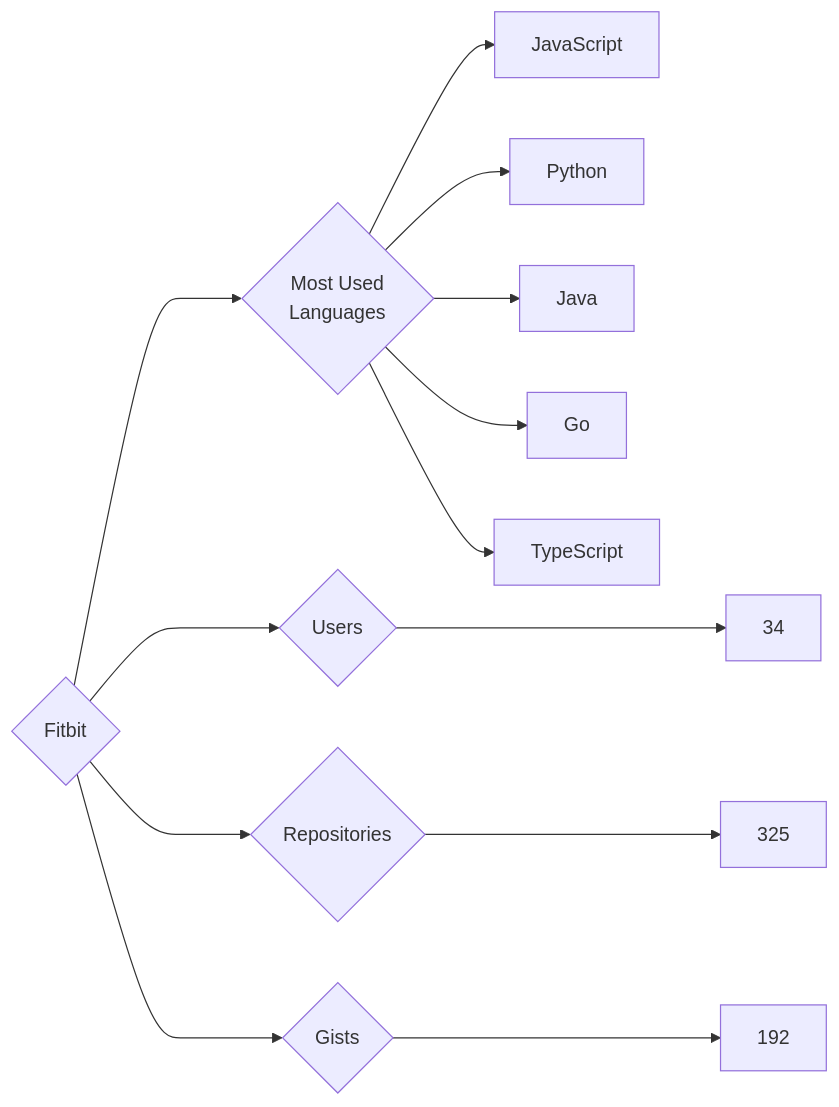
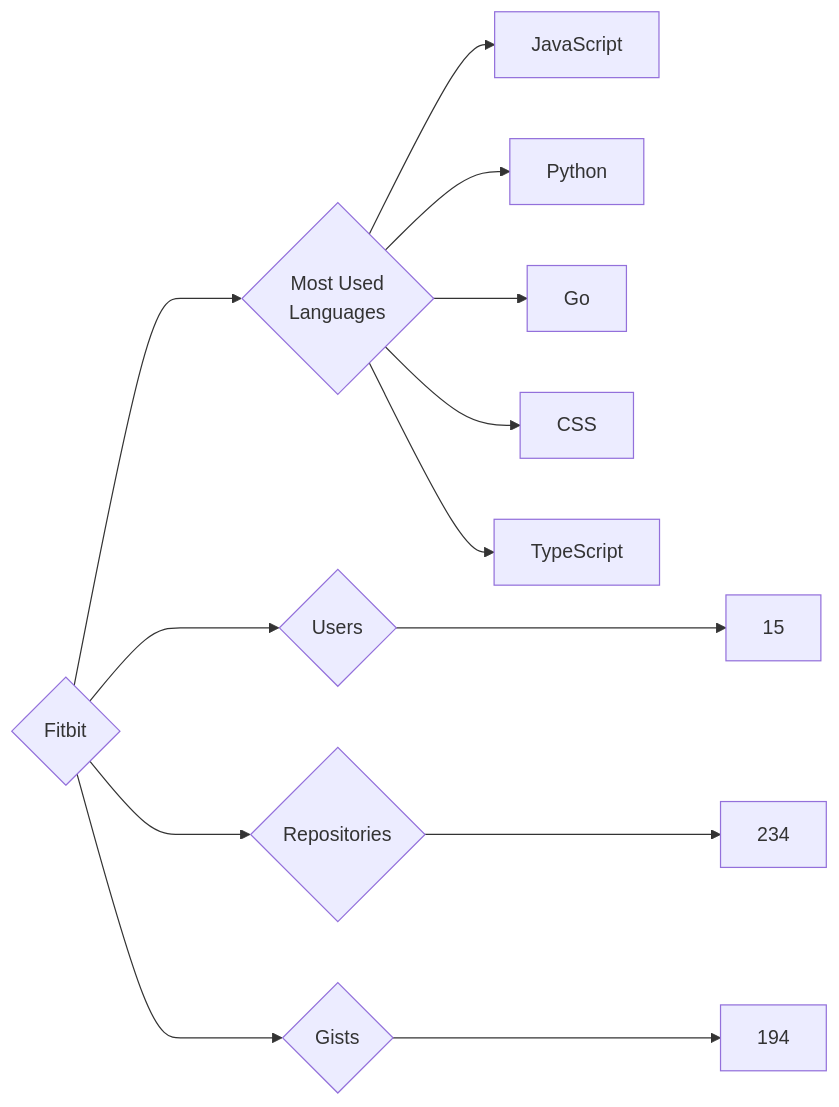
One commit to trickest/insiders changed the diagram in targets/Fitbit/README.md. Above: the diagram before and after it, drawn with Mermaid. The commit also changed 951 other files, not shown here.

````diff
--- a/targets/Fitbit/README.md
+++ b/targets/Fitbit/README.md
@@ -3,13 +3,13 @@
 ```mermaid
 graph LR
 COMPANY_NAME{Fitbit}
-COMPANY_NAME ---> U{Users} ---> UN[34]
-COMPANY_NAME ---> R{Repositories} ---> RN[325]
-COMPANY_NAME ---> G{Gists} ---> GN[192]
+COMPANY_NAME ---> U{Users} ---> UN[15]
+COMPANY_NAME ---> R{Repositories} ---> RN[234]
+COMPANY_NAME ---> G{Gists} ---> GN[194]
 COMPANY_NAME ---> ML{Most Used<br>Languages}
 ML --> JavaScript[JavaScript]
 ML --> Python[Python]
-ML --> Java[Java]
 ML --> Go[Go]
+ML --> CSS[CSS]
 ML --> TypeScript[TypeScript]
 ```
````
